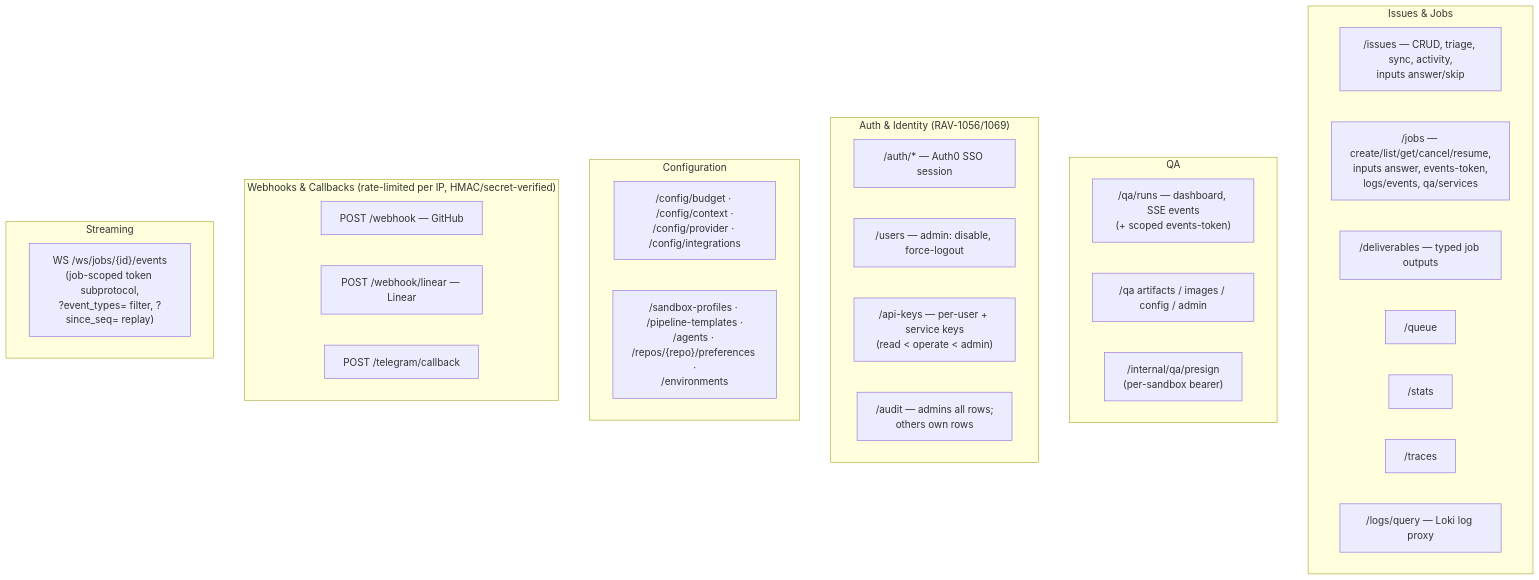
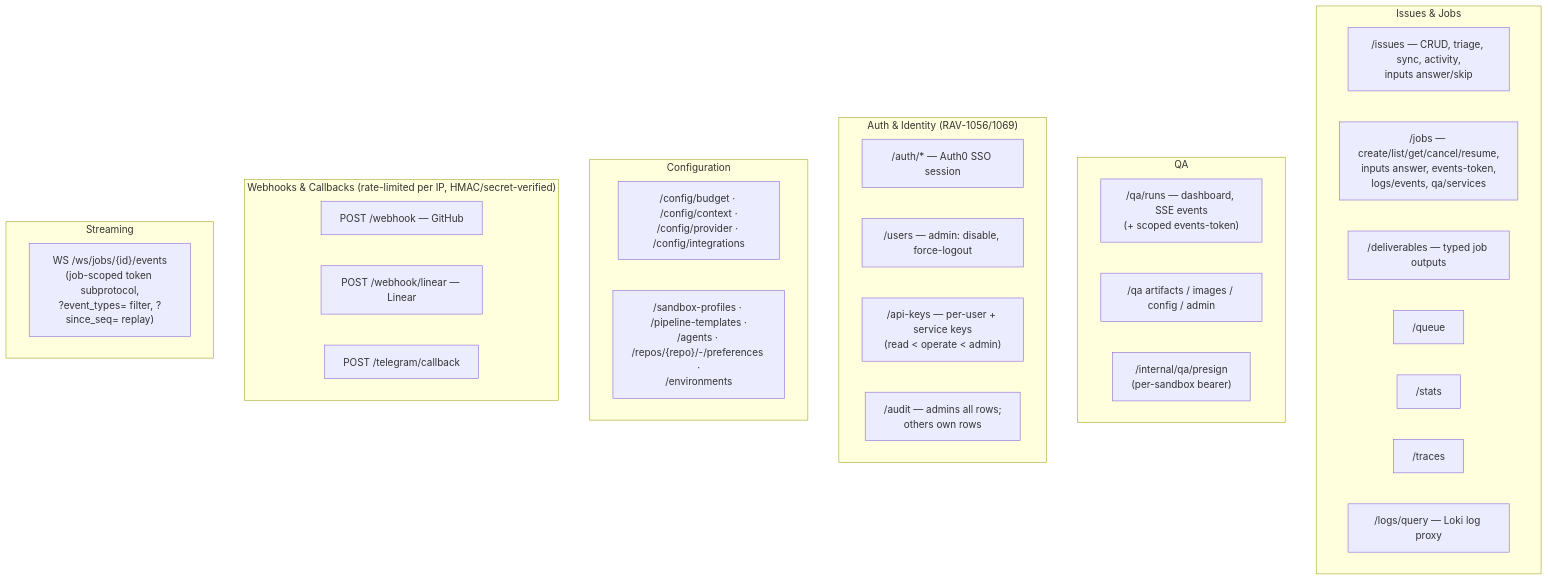
One commit to sudoTomas/embry0 changed the ninth of 12 diagrams in docs/architecture.md. Above: the diagram before and after it, drawn with Mermaid. The commit also changed other lines of this file and 78 other files, not shown here.

````diff
--- a/docs/architecture.md
+++ b/docs/architecture.md
@@ -795,40 +795,40 @@
 ```mermaid
 graph TB
     subgraph Domain["Issues & Jobs"]
         ISS["/issues — CRUD, triage, sync, activity,<br/>inputs answer/skip"]
         JOB["/jobs — create/list/get/cancel/resume,<br/>inputs answer, events-token,<br/>logs/events, qa/services"]
         DLV["/deliverables — typed job outputs"]
         QUE["/queue"]
         STA["/stats"]
         TRC["/traces"]
         LOG["/logs/query — Loki log proxy"]
     end
 
     subgraph QA["QA"]
         QAD["/qa/runs — dashboard, SSE events<br/>(+ scoped events-token)"]
         QAA["/qa artifacts / images / config / admin"]
         IQA["/internal/qa/presign<br/>(per-sandbox bearer)"]
     end
 
     subgraph Auth["Auth & Identity (RAV-1056/1069)"]
         AS["/auth/* — Auth0 SSO session"]
         US["/users — admin: disable, force-logout"]
         AK["/api-keys — per-user + service keys<br/>(read < operate < admin)"]
         AUD["/audit — admins all rows;<br/>others own rows"]
     end
 
     subgraph Configuration
         BG["/config/budget · /config/context ·<br/>/config/provider · /config/integrations"]
-        SP["/sandbox-profiles · /pipeline-templates ·<br/>/agents · /repos/{repo}/preferences ·<br/>/environments"]
+        SP["/sandbox-profiles · /pipeline-templates ·<br/>/agents · /repos/{repo}/-/preferences ·<br/>/environments"]
     end
 
     subgraph Ingress["Webhooks & Callbacks (rate-limited per IP, HMAC/secret-verified)"]
         WH["POST /webhook — GitHub"]
         WL["POST /webhook/linear — Linear"]
         TC["POST /telegram/callback"]
     end
 
     subgraph Streaming
         WSK["WS /ws/jobs/{id}/events<br/>(job-scoped token subprotocol,<br/>?event_types= filter, ?since_seq= replay)"]
     end
 ```
````
